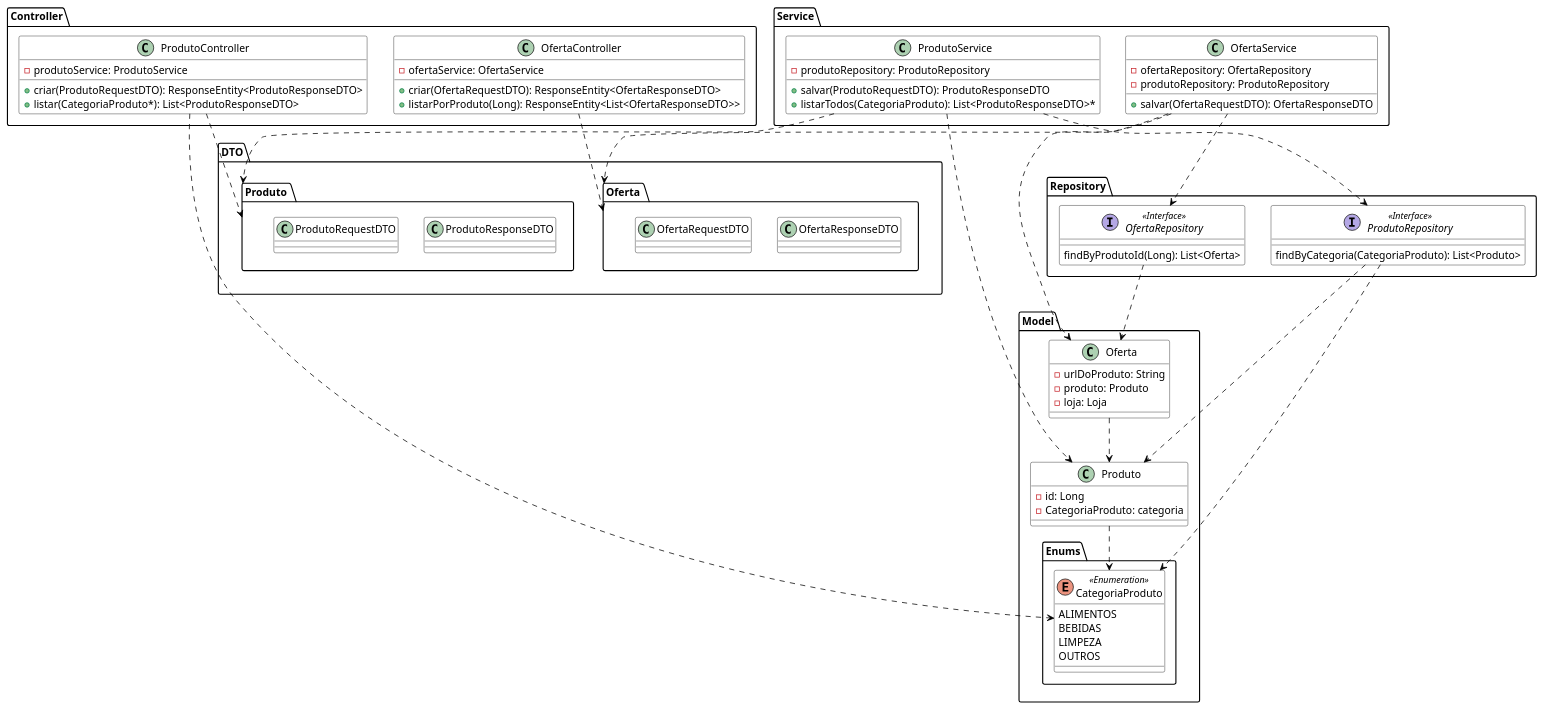
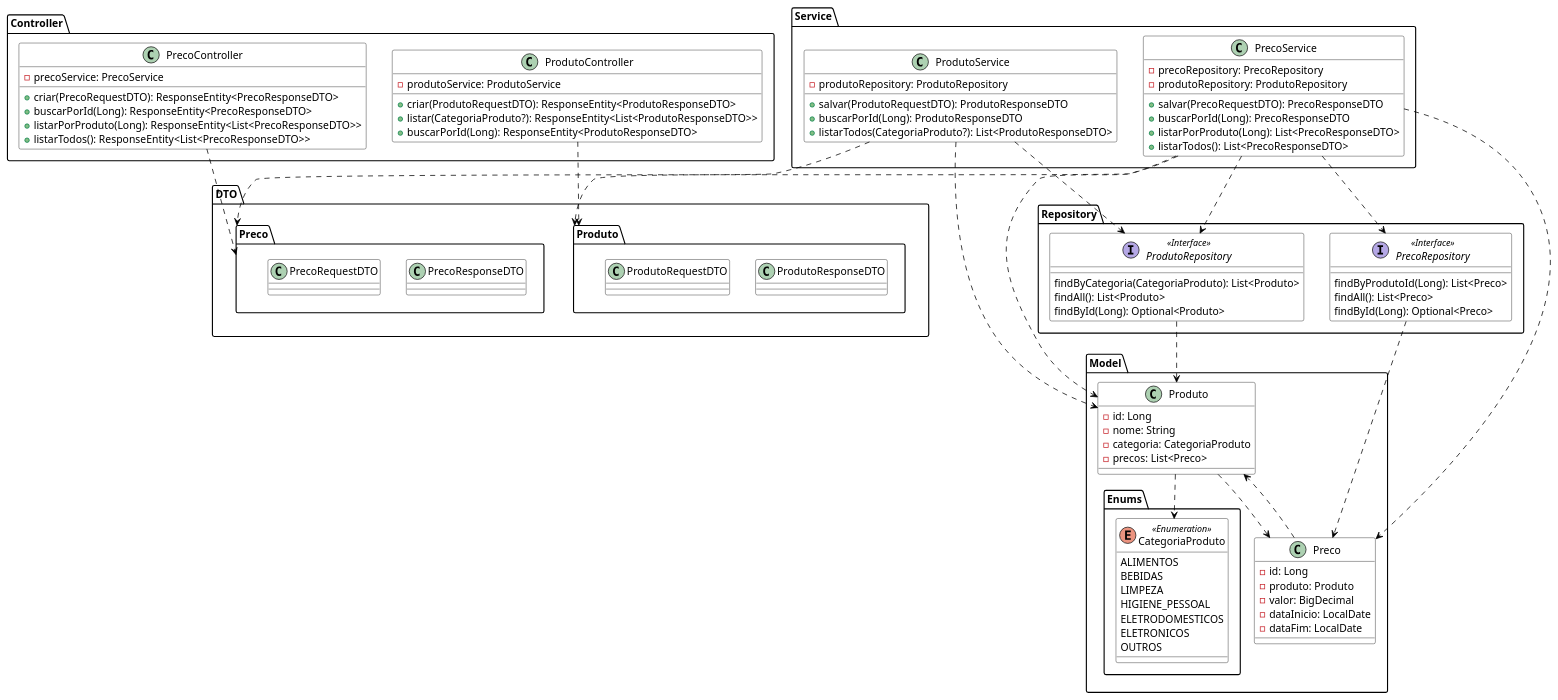
The diagram in docs/api.puml (davicfg/busca-oferta-api), drawn with PlantUML before and after one commit. The commit also changed 22 other files, not shown here.

Commit message:
Refactor API by removing Loja and Oferta entities, adding Preco entity and related DTOs, and updating documentation

```diff
--- a/docs/api.puml
+++ b/docs/api.puml
@@ -1,104 +1,121 @@
 @startuml
 skinparam roundcorner 5
 skinparam class {
     BackgroundColor White
     ArrowColor Black
     BorderColor Black
 }
 skinparam package {
     BackgroundColor White
     BorderColor Black
 }
 
 package "Controller" {
     class ProdutoController {
         - produtoService: ProdutoService
         + criar(ProdutoRequestDTO): ResponseEntity<ProdutoResponseDTO>
-        + listar(CategoriaProduto*): List<ProdutoResponseDTO>
+        + listar(CategoriaProduto?): ResponseEntity<List<ProdutoResponseDTO>>
+        + buscarPorId(Long): ResponseEntity<ProdutoResponseDTO>
     }
-    class OfertaController {
-        - ofertaService: OfertaService
-        + criar(OfertaRequestDTO): ResponseEntity<OfertaResponseDTO>
-        + listarPorProduto(Long): ResponseEntity<List<OfertaResponseDTO>>
+
+    class PrecoController {
+        - precoService: PrecoService
+        + criar(PrecoRequestDTO): ResponseEntity<PrecoResponseDTO>
+        + buscarPorId(Long): ResponseEntity<PrecoResponseDTO>
+        + listarPorProduto(Long): ResponseEntity<List<PrecoResponseDTO>>
+        + listarTodos(): ResponseEntity<List<PrecoResponseDTO>>
     }
 }
 
 package "DTO" {
-    package "Produto " as DTO_Produto {
+    package "Produto" as DTO_Produto {
         class ProdutoResponseDTO
         class ProdutoRequestDTO
     }
-    
-    package "Oferta " as DTO_Oferta {
-        class OfertaResponseDTO
-        class OfertaRequestDTO
+
+    package "Preco" as DTO_Preco {
+        class PrecoResponseDTO
+        class PrecoRequestDTO
     }
 }
 
 package "Service" {
     class ProdutoService {
         - produtoRepository: ProdutoRepository
         + salvar(ProdutoRequestDTO): ProdutoResponseDTO
-        + listarTodos(CategoriaProduto): List<ProdutoResponseDTO>*
+        + buscarPorId(Long): ProdutoResponseDTO
+        + listarTodos(CategoriaProduto?): List<ProdutoResponseDTO>
     }
-    class OfertaService {
-        - ofertaRepository: OfertaRepository
+
+    class PrecoService {
+        - precoRepository: PrecoRepository
         - produtoRepository: ProdutoRepository
-        + salvar(OfertaRequestDTO): OfertaResponseDTO
+        + salvar(PrecoRequestDTO): PrecoResponseDTO
+        + buscarPorId(Long): PrecoResponseDTO
+        + listarPorProduto(Long): List<PrecoResponseDTO>
+        + listarTodos(): List<PrecoResponseDTO>
     }
 }
 
 package "Model" {
     package "Enums" {
         enum CategoriaProduto <<Enumeration>> {
             ALIMENTOS
             BEBIDAS
             LIMPEZA
+            HIGIENE_PESSOAL
+            ELETRODOMESTICOS
+            ELETRONICOS
             OUTROS
         }
     }
     
     class Produto {
         - id: Long
-        - CategoriaProduto: categoria
+        - nome: String
+        - categoria: CategoriaProduto
+        - precos: List<Preco>
     }
-    
-    class Oferta {
-        - urlDoProduto: String
+
+    class Preco {
+        - id: Long
         - produto: Produto
-        - loja: Loja
+        - valor: BigDecimal
+        - dataInicio: LocalDate
+        - dataFim: LocalDate
     }
 }
 
 package "Repository" {
     interface ProdutoRepository <<Interface>> {
         findByCategoria(CategoriaProduto): List<Produto>
+        findAll(): List<Produto>
+        findById(Long): Optional<Produto>
     }
-    interface OfertaRepository <<Interface>> {
-        findByProdutoId(Long): List<Oferta>
+
+    interface PrecoRepository <<Interface>> {
+        findByProdutoId(Long): List<Preco>
+        findAll(): List<Preco>
+        findById(Long): Optional<Preco>
     }
 }
 
 ' Relationships (Dependencies)
 ProdutoController ..> DTO_Produto
-OfertaController ..> DTO_Oferta
-
 ProdutoService ..> DTO_Produto
-OfertaService ..> DTO_Oferta
-
 ProdutoService ..> Produto
 ProdutoService ..> ProdutoRepository
-
-OfertaService ..> Oferta
-OfertaService ..> OfertaRepository
-
 ProdutoRepository ..> Produto
-OfertaRepository ..> Oferta
-
-Oferta ..> Produto
 Produto ..> CategoriaProduto
 
-ProdutoRepository ..> CategoriaProduto
-ProdutoController ..> CategoriaProduto
+PrecoController ..> DTO_Preco
+PrecoService ..> DTO_Preco
+PrecoService ..> Preco
+PrecoService ..> Produto
+PrecoService ..> PrecoRepository
+PrecoService ..> ProdutoRepository
+PrecoRepository ..> Preco
+Preco ..> Produto
+Produto ..> Preco
 
 @enduml
```
